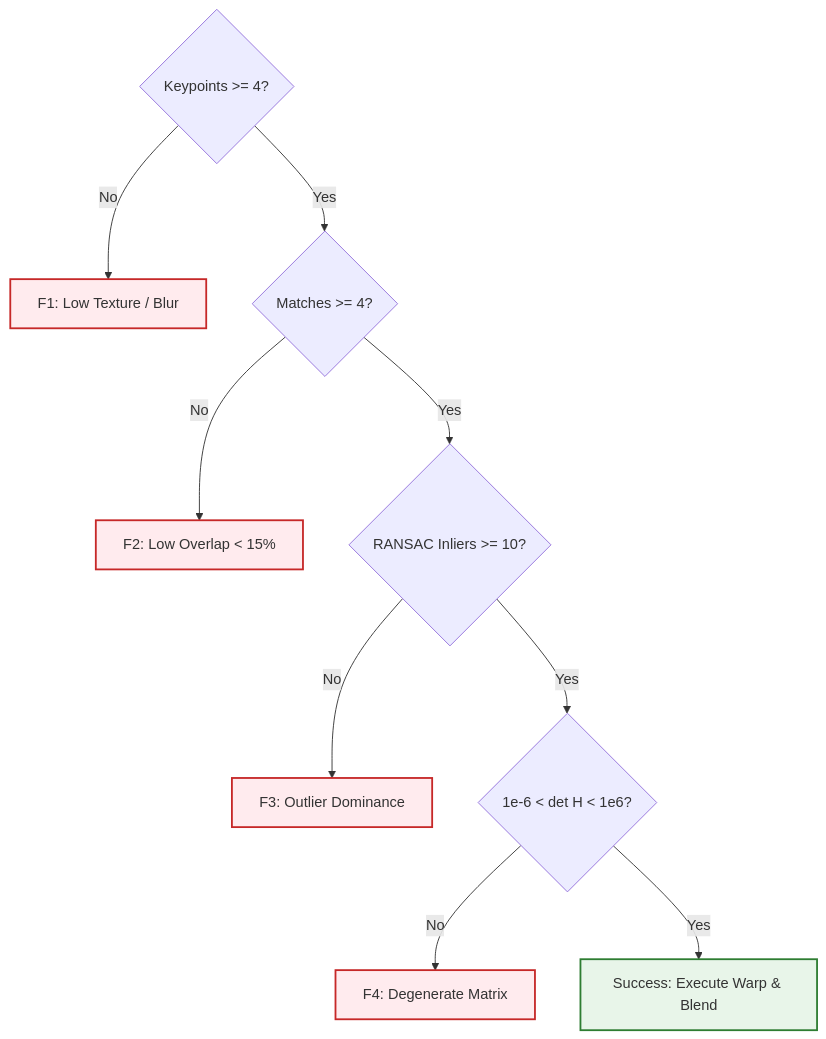
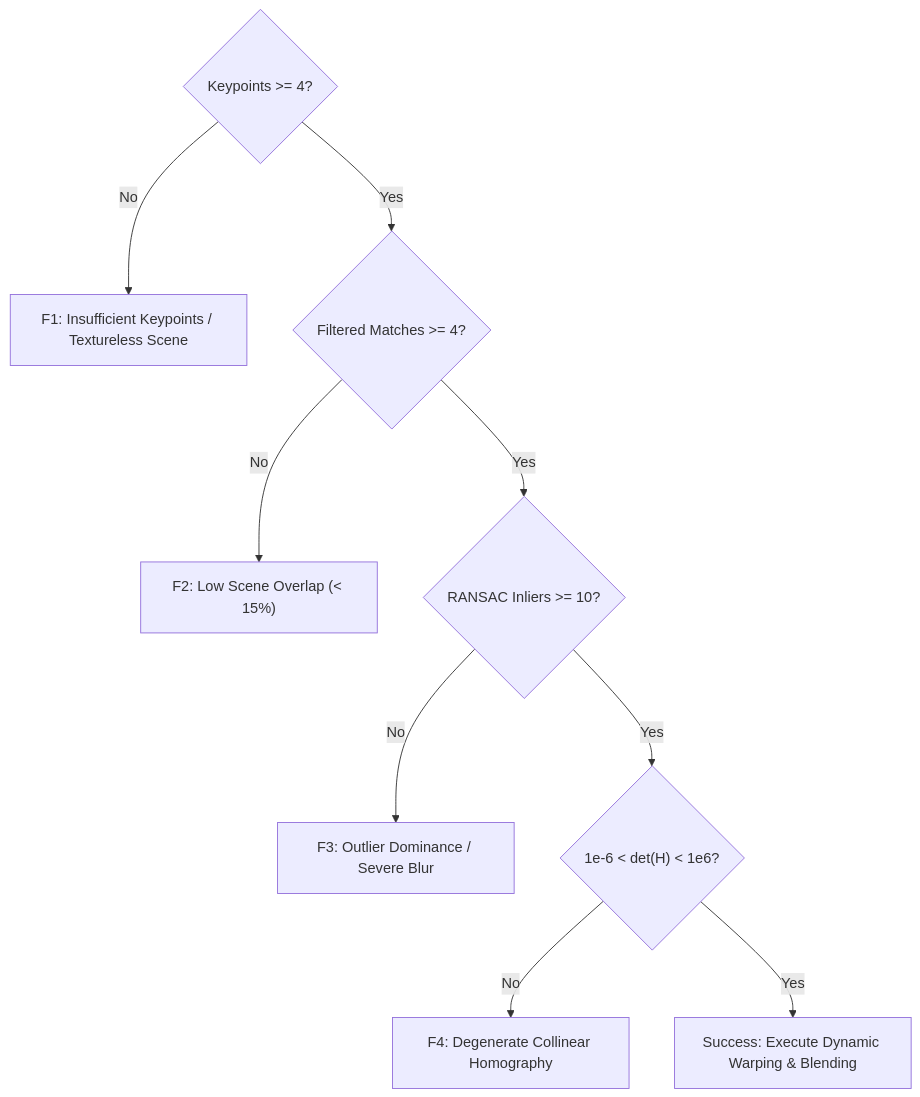
One commit to mhiskall282/Feature-Based-Image-Matching-and-Automatic-Panorama-Construction-Problem changed the fourth of 4 diagrams in README.md. Above: the diagram before and after it, drawn with Mermaid. The commit also changed other lines of this file and 12 other files, not shown here.

Commit message:
feat: high-contrast diagrams, polished UI, and cloud deployment configs for Vercel, Render, and Docker

````diff
--- a/README.md
+++ b/README.md
@@ -389,14 +359,11 @@
 ```mermaid
 graph TD
-    classDef ok fill:#E8F5E9,stroke:#2E7D32,stroke-width:2px;
-    classDef fail fill:#FFEBEE,stroke:#C62828,stroke-width:2px;
-
-    Check1{Keypoints >= 4?} -->|No| F1[F1: Low Texture / Blur]:::fail
-    Check1 -->|Yes| Check2{Matches >= 4?}
-    Check2 -->|No| F2[F2: Low Overlap < 15%]:::fail
-    Check2 -->|Yes| Check3{RANSAC Inliers >= 10?}
-    Check3 -->|No| F3[F3: Outlier Dominance]:::fail
-    Check3 -->|Yes| Check4{1e-6 < det H < 1e6?}
-    Check4 -->|No| F4[F4: Degenerate Matrix]:::fail
-    Check4 -->|Yes| OK[Success: Execute Warp & Blend]:::ok
+    Check1{"Keypoints >= 4?"} -->|No| F1["F1: Insufficient Keypoints / Textureless Scene"]
+    Check1 -->|Yes| Check2{"Filtered Matches >= 4?"}
+    Check2 -->|No| F2["F2: Low Scene Overlap (< 15%)"]
+    Check2 -->|Yes| Check3{"RANSAC Inliers >= 10?"}
+    Check3 -->|No| F3["F3: Outlier Dominance / Severe Blur"]
+    Check3 -->|Yes| Check4{"1e-6 < det(H) < 1e6?"}
+    Check4 -->|No| F4["F4: Degenerate Collinear Homography"]
+    Check4 -->|Yes| OK["Success: Execute Dynamic Warping & Blending"]
 ```
````
